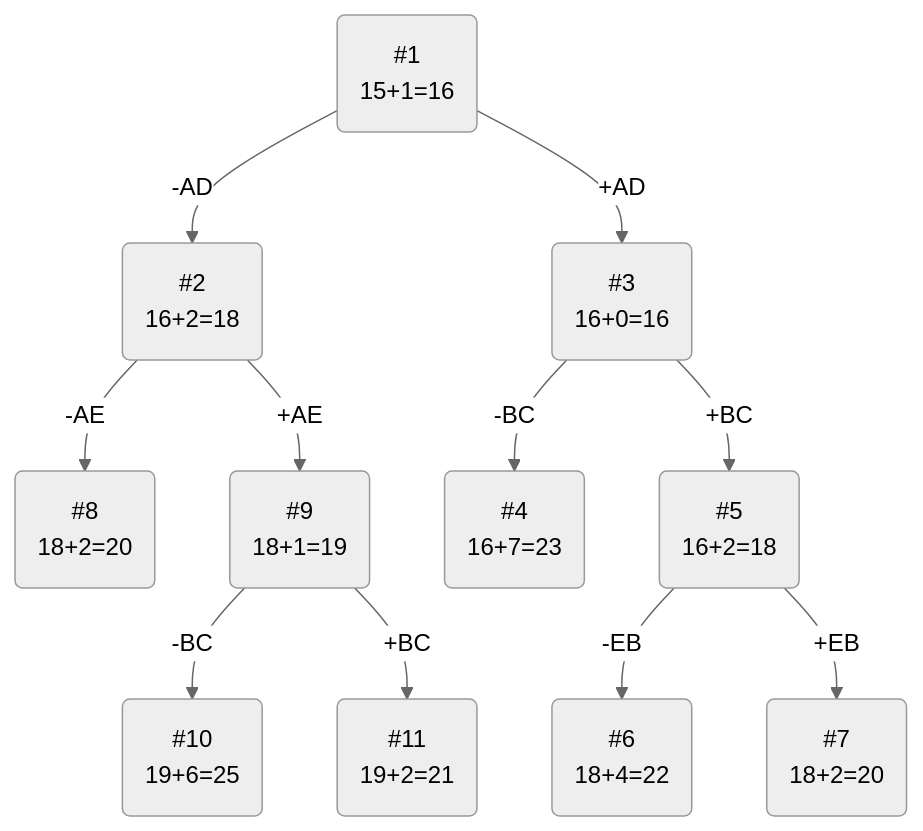
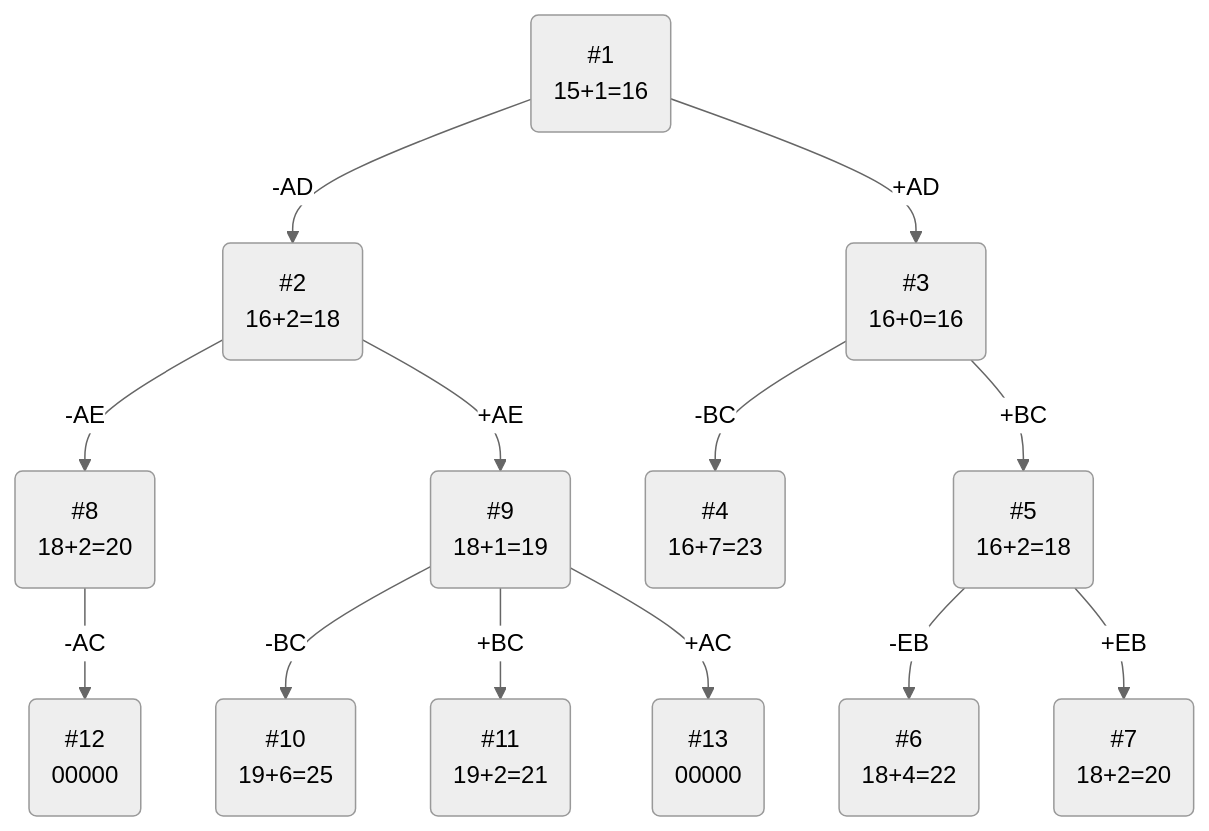
The diagram in task_20/citrine.md (HSE-algo-23-crow/manual_tasks), drawn with Mermaid (neutral theme) before and after one commit. The commit also changed other lines of this file, not shown here.

````diff
--- a/task_20/citrine.md
+++ b/task_20/citrine.md
@@ -78,13 +78,15 @@
 ```mermaid
 graph TB
     1(#1\n15+1=16)-->|-AD|2(#2\n16+2=18)
     1-->|+AD|3(#3\n16+0=16)
     3-->|-BC|4(#4\n16+7=23)
     3-->|+BC|5(#5\n16+2=18)
     5-->|-EB|6(#6\n18+4=22)
     5-->|+EB|7(#7\n18+2=20)
     2-->|-AE|8(#8\n18+2=20)
     2-->|+AE|9(#9\n18+1=19)
     9-->|-BC|10(#10\n19+6=25)
     9-->|+BC|11(#11\n19+2=21)
+    8-->|-AC|12(#12\n00000)
+    9-->|+AC|13(#13\n00000)
 ```
````
